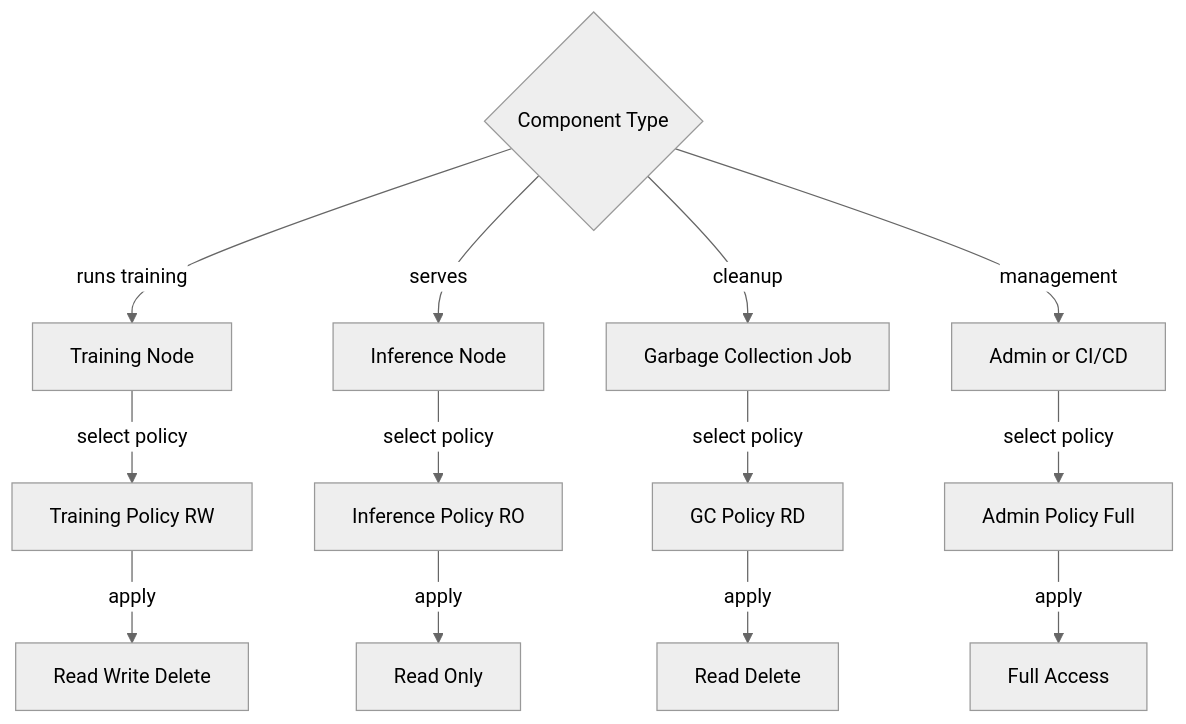
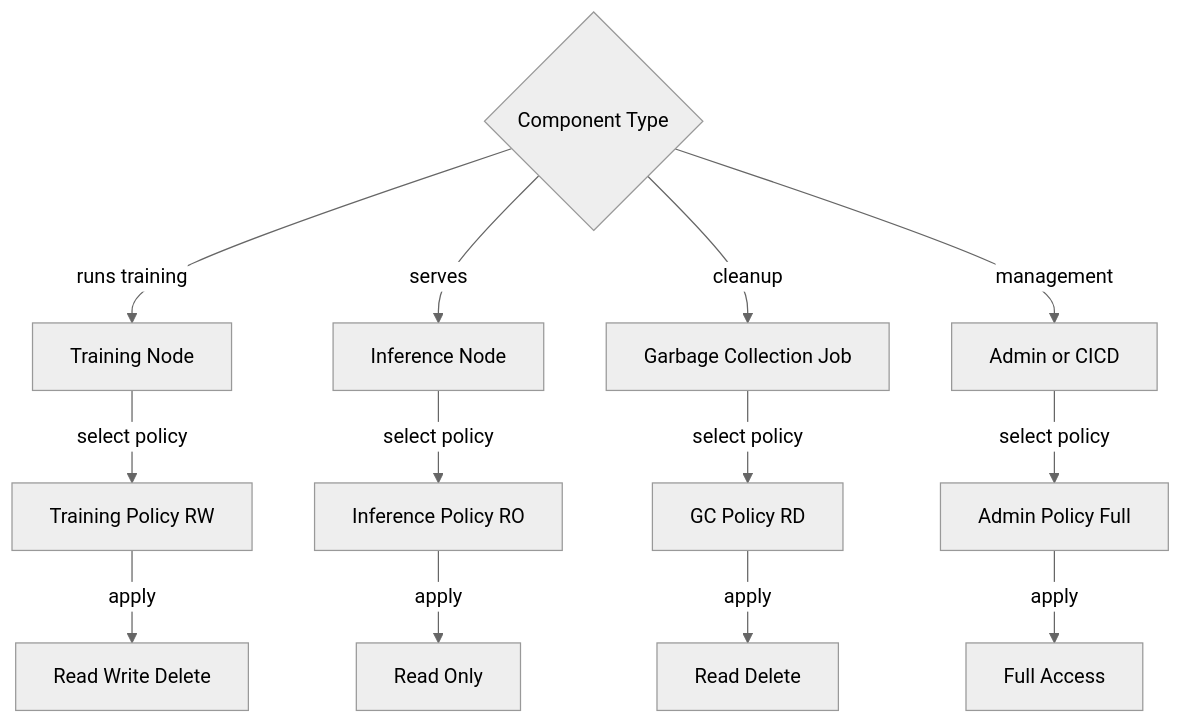
The second of 5 diagrams in documents/product/deployment.md (Tuee22/SpectralMC), drawn with Mermaid (neutral theme) before and after one commit. The commit also changed 29 other files, not shown here.

````diff
--- a/documents/product/deployment.md
+++ b/documents/product/deployment.md
@@ -125,29 +125,29 @@
 ```mermaid
 flowchart TB
   Start{Component Type}
 
   Training[Training Node]
   Inference[Inference Node]
   GC[Garbage Collection Job]
-  Admin[Admin or CI/CD]
+  Admin[Admin or CICD]
 
   TrainingPolicy[Training Policy RW]
   InferencePolicy[Inference Policy RO]
   GCPolicy[GC Policy RD]
   AdminPolicy[Admin Policy Full]
 
   Start -->|runs training| Training
   Start -->|serves| Inference
   Start -->|cleanup| GC
   Start -->|management| Admin
 
   Training -->|select policy| TrainingPolicy
   Inference -->|select policy| InferencePolicy
   GC -->|select policy| GCPolicy
   Admin -->|select policy| AdminPolicy
 
   TrainingPolicy -->|apply| TrainingPerms[Read Write Delete]
   InferencePolicy -->|apply| InferencePerms[Read Only]
   GCPolicy -->|apply| GCPerms[Read Delete]
   AdminPolicy -->|apply| AdminPerms[Full Access]
 ```
````
